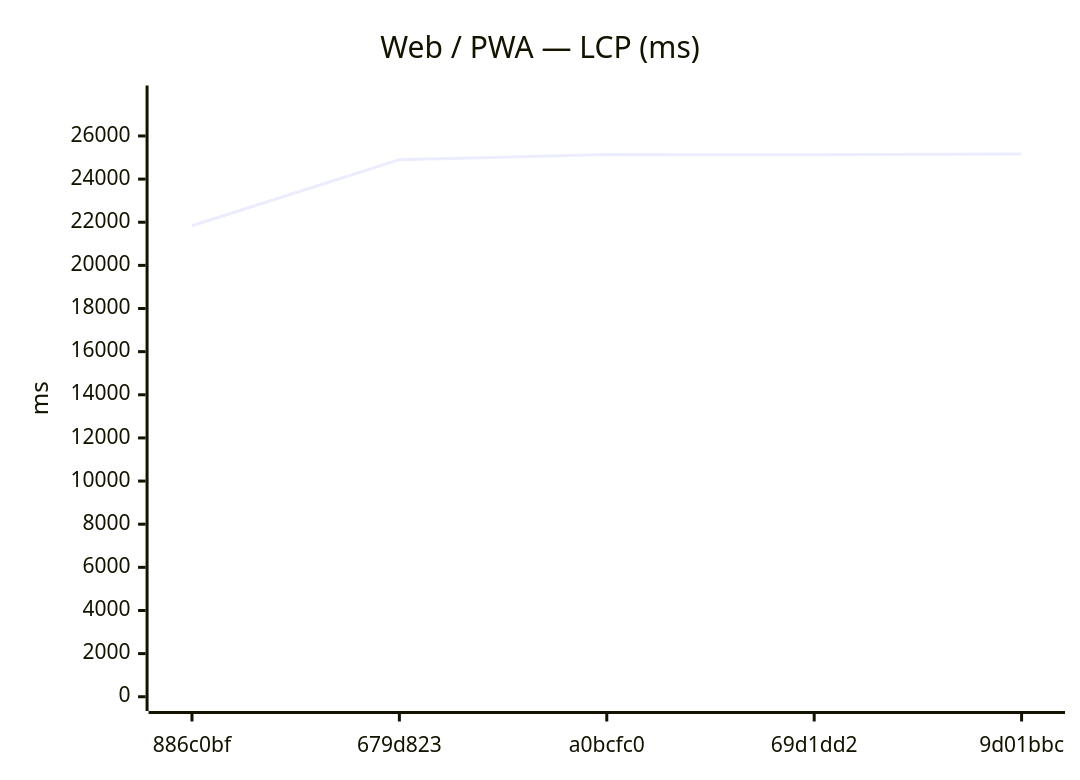
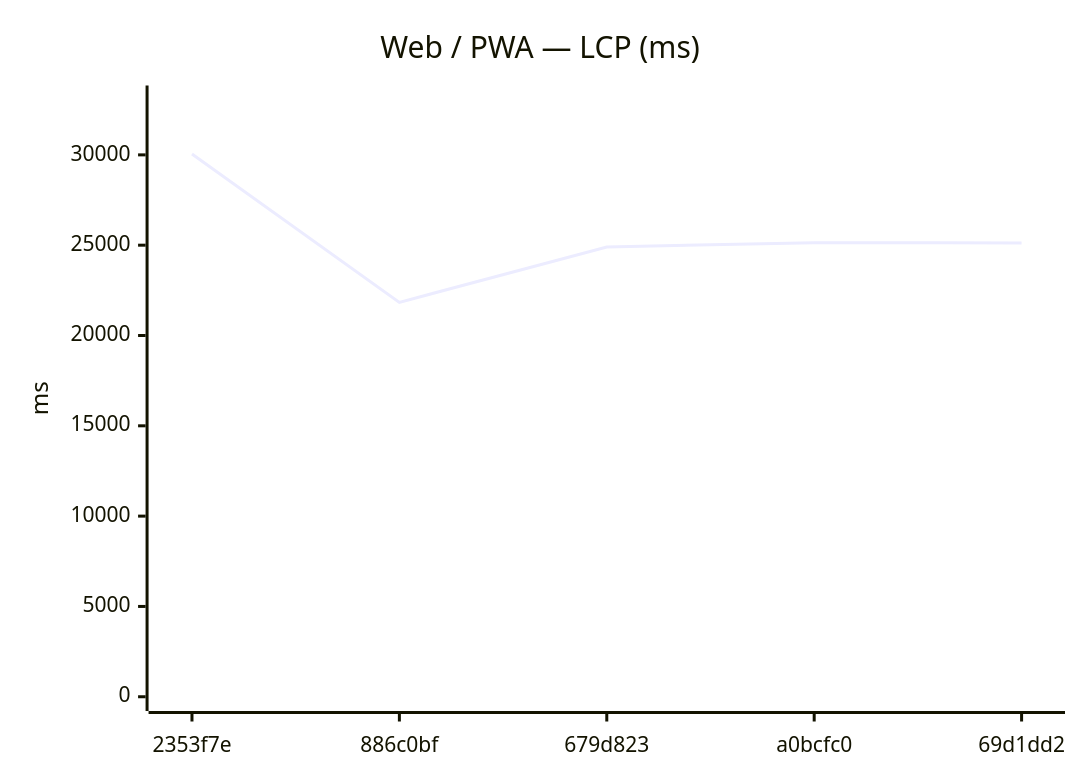
One commit to Metaheurist/Rianell changed the fifth of 12 diagrams in benchmarks/compare.md. Above: the diagram before and after it, drawn with Mermaid. The commit also changed other lines of this file and 8 other files, not shown here.

````diff
--- a/benchmarks/compare.md
+++ b/benchmarks/compare.md
@@ -82,7 +82,7 @@
 ```mermaid
 xychart-beta
     title "Web / PWA — LCP (ms)"
-    x-axis ["886c0bf", "679d823", "a0bcfc0", "69d1dd2", "9d01bbc"]
-    y-axis "ms" 0 --> 27679
-    line [21835, 24900, 25139, 25124, 25162]
+    x-axis ["2353f7e", "886c0bf", "679d823", "a0bcfc0", "69d1dd2"]
+    y-axis "ms" 0 --> 33052
+    line [30047, 21835, 24900, 25139, 25124]
 ```
````
